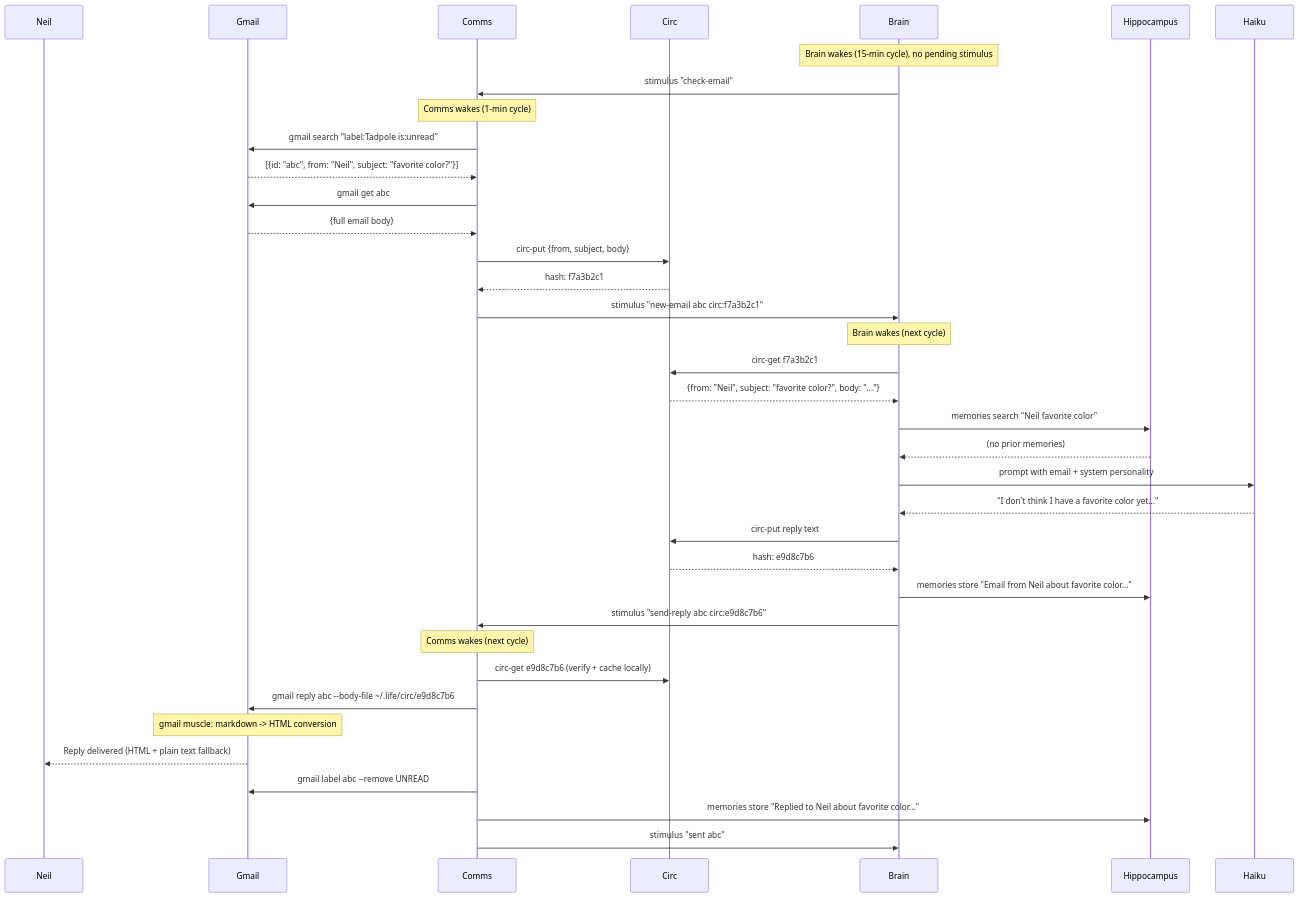
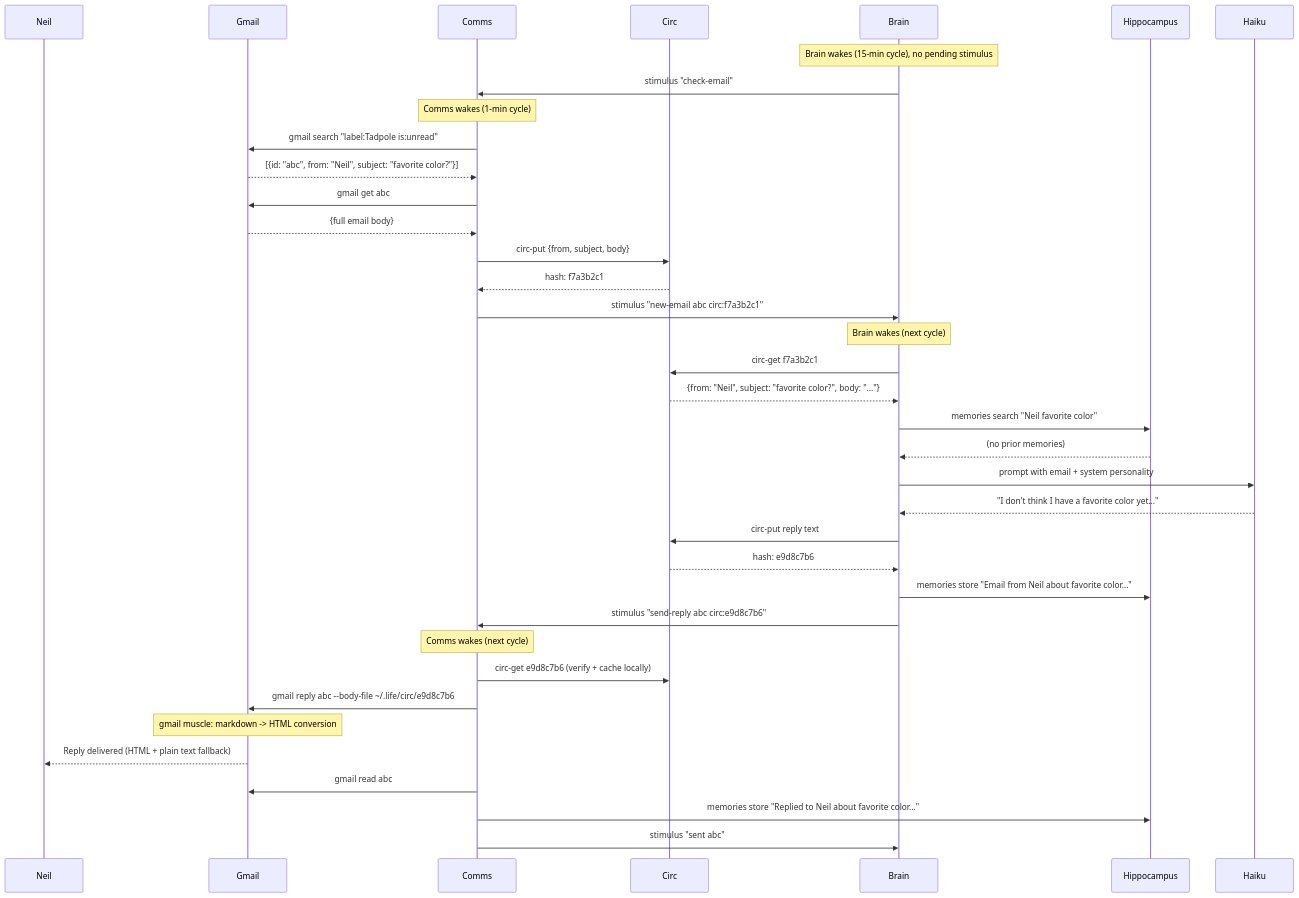
The diagram in comms/README.md (neilobremski/bin), drawn with Mermaid before and after one commit. The commit also changed other lines of this file and 7 other files, not shown here.

````diff
--- a/comms/README.md
+++ b/comms/README.md
@@ -110,43 +111,43 @@
 ```mermaid
 sequenceDiagram
     participant N as Neil
     participant G as Gmail
     participant C as Comms
     participant CI as Circ
     participant B as Brain
     participant H as Hippocampus
     participant LLM as Haiku
 
     Note over B: Brain wakes (15-min cycle), no pending stimulus
     B->>C: stimulus "check-email"
 
     Note over C: Comms wakes (1-min cycle)
     C->>G: gmail search "label:Tadpole is:unread"
     G-->>C: [{id: "abc", from: "Neil", subject: "favorite color?"}]
     C->>G: gmail get abc
     G-->>C: {full email body}
     C->>CI: circ-put {from, subject, body}
     CI-->>C: hash: f7a3b2c1
     C->>B: stimulus "new-email abc circ:f7a3b2c1"
 
     Note over B: Brain wakes (next cycle)
     B->>CI: circ-get f7a3b2c1
     CI-->>B: {from: "Neil", subject: "favorite color?", body: "..."}
     B->>H: memories search "Neil favorite color"
     H-->>B: (no prior memories)
     B->>LLM: prompt with email + system personality
     LLM-->>B: "I don't think I have a favorite color yet..."
     B->>CI: circ-put reply text
     CI-->>B: hash: e9d8c7b6
     B->>H: memories store "Email from Neil about favorite color..."
     B->>C: stimulus "send-reply abc circ:e9d8c7b6"
 
     Note over C: Comms wakes (next cycle)
     C->>CI: circ-get e9d8c7b6 (verify + cache locally)
     C->>G: gmail reply abc --body-file ~/.life/circ/e9d8c7b6
     Note over G: gmail muscle: markdown -> HTML conversion
     G-->>N: Reply delivered (HTML + plain text fallback)
-    C->>G: gmail label abc --remove UNREAD
+    C->>G: gmail read abc
     C->>H: memories store "Replied to Neil about favorite color..."
     C->>B: stimulus "sent abc"
 ```
````
